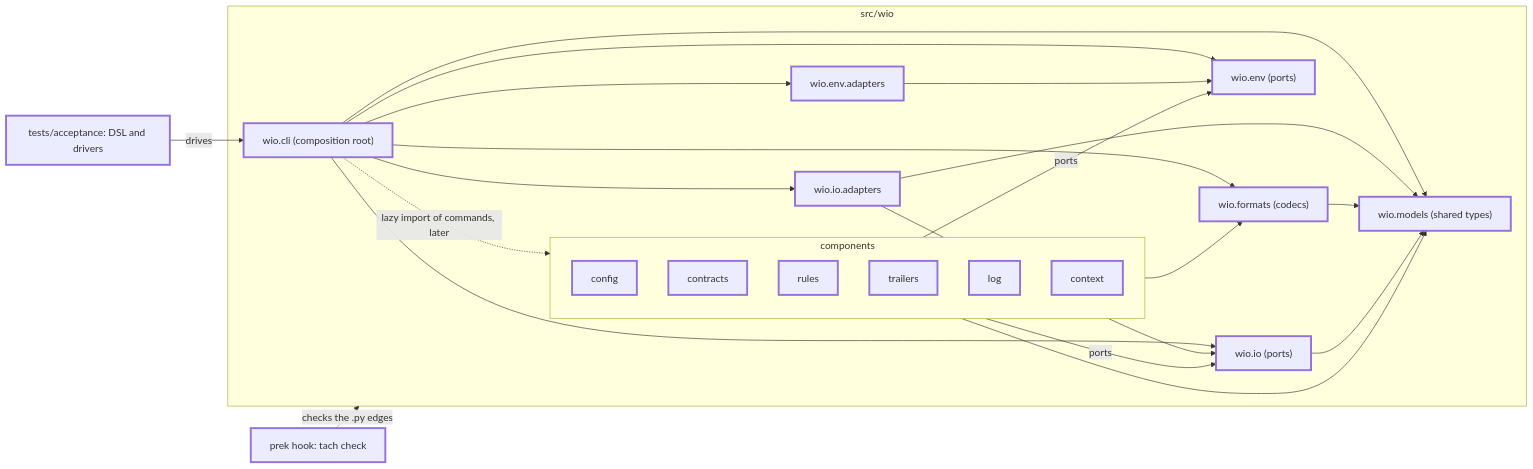
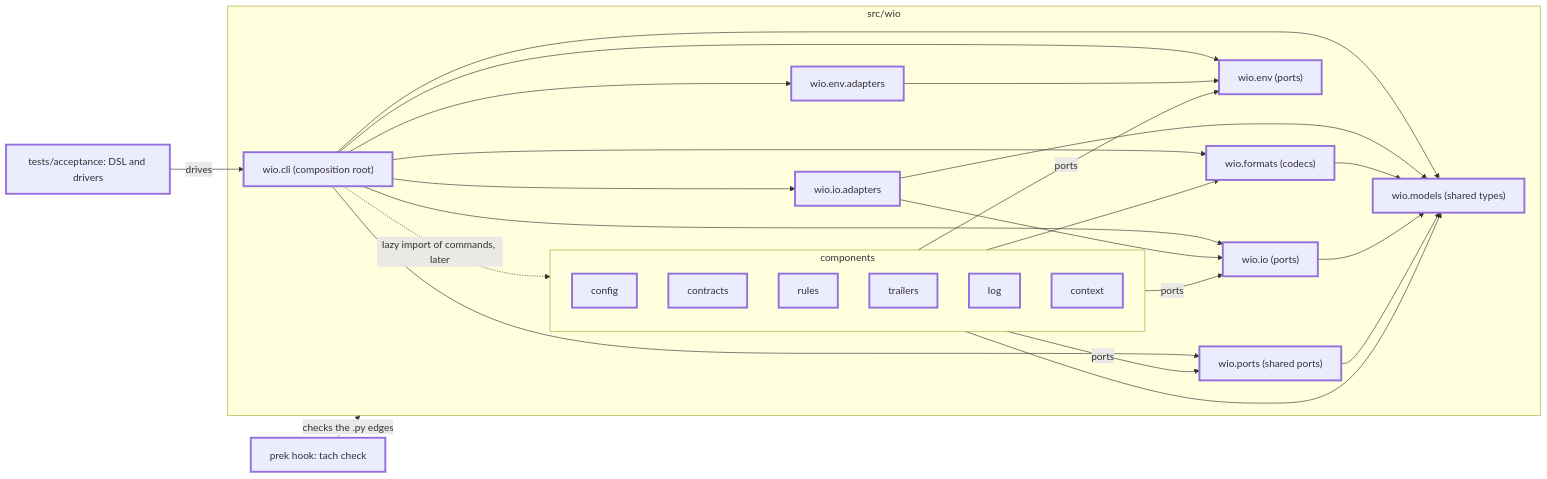
Before and after one commit to msitarz/wio: the second of 2 diagrams in .agents/wio/works/v0-1-foundation/README.md, drawn with Mermaid. The commit also changed other lines of this file and 10 other files, not shown here.

First line of the commit message:
refactor: declare the shared ports once in wio.ports (#39)

````diff
--- a/.agents/wio/works/v0-1-foundation/README.md
+++ b/.agents/wio/works/v0-1-foundation/README.md
@@ -147,39 +156,43 @@
 ```mermaid
 flowchart LR
     subgraph src_wio["src/wio"]
         cli["wio.cli (composition root)"]:::new
         subgraph components
             config:::new
             contracts:::new
             rules:::new
             trailers:::new
             log:::new
             context:::new
         end
         ioadapters["wio.io.adapters"]:::new
         io["wio.io (ports)"]:::new
         envadapters["wio.env.adapters"]:::new
         env["wio.env (ports)"]:::new
+        sharedports["wio.ports (shared ports)"]:::new
         formats["wio.formats (codecs)"]:::new
         models["wio.models (shared types)"]:::new
         cli -. "lazy import of commands, later" .-> components
         cli --> ioadapters
         cli --> envadapters
         cli --> io
         cli --> env
+        cli --> sharedports
         cli --> formats
         cli --> models
         ioadapters --> io
         ioadapters --> models
         envadapters --> env
         components -- "ports" --> io
         components -- "ports" --> env
+        components -- "ports" --> sharedports
         components --> formats
         components --> models
         formats --> models
         io --> models
+        sharedports --> models
     end
     hook["prek hook: tach check"]:::new -. "checks the .py edges" .-> src_wio
     acc["tests/acceptance: DSL and drivers"]:::new -- "drives" --> cli
     classDef new stroke-width: 3px
 ```
````
